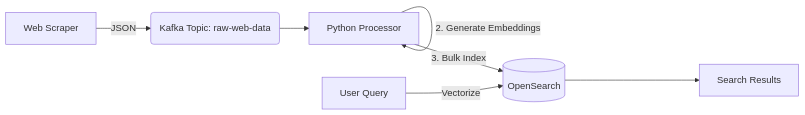
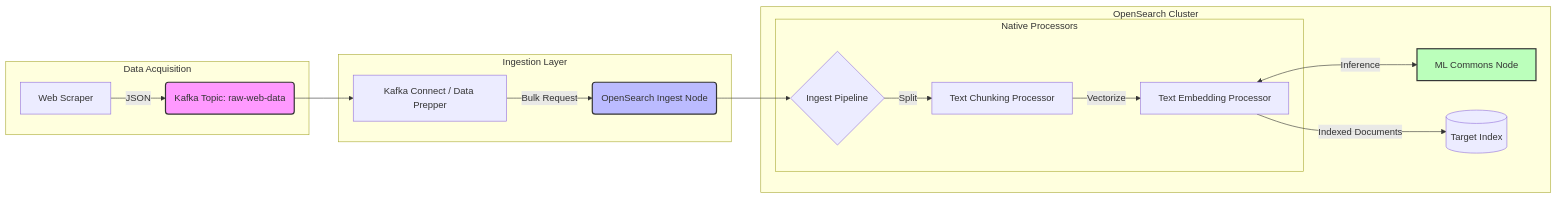
One commit to RobertGrancsa/End-to-End-Data-Pipeline-for-Semantic-Search changed the diagram in README.md. Above: the diagram before and after it, drawn with Mermaid. The commit also changed other lines of this file, not shown here.

````diff
--- a/README.md
+++ b/README.md
@@ -38,10 +38,27 @@
 ```mermaid
 graph LR
-    A[Web Scraper] -->|JSON| B(Kafka Topic: raw-web-data)
-    B --> C[Python Processor]
-    C -->|1. Chunk Text| C
-    C -->|2. Generate Embeddings| C
-    C -->|3. Bulk Index| D[(OpenSearch)]
-    E[User Query] -->|Vectorize| D
-    D --> F[Search Results]
+    subgraph "Data Acquisition"
+        A[Web Scraper] -->|JSON| B(Kafka Topic: raw-web-data)
+    end
+
+    subgraph "Ingestion Layer"
+        B --> C[Kafka Connect / Data Prepper]
+        C -->|Bulk Request| D(OpenSearch Ingest Node)
+    end
+
+    subgraph "OpenSearch Cluster"
+        D --> P{Ingest Pipeline}
+        
+        subgraph "Native Processors"
+            P -->|Split| E[Text Chunking Processor]
+            E -->|Vectorize| F[Text Embedding Processor]
+        end
+
+        F <-->|Inference| G[ML Commons Node]
+        F -->|Indexed Documents| H[(Target Index)]
+    end
+
+    style B fill:#f9f,stroke:#333,stroke-width:2px
+    style D fill:#bbf,stroke:#333,stroke-width:2px
+    style G fill:#bfb,stroke:#333,stroke-width:2px
 ```
````
